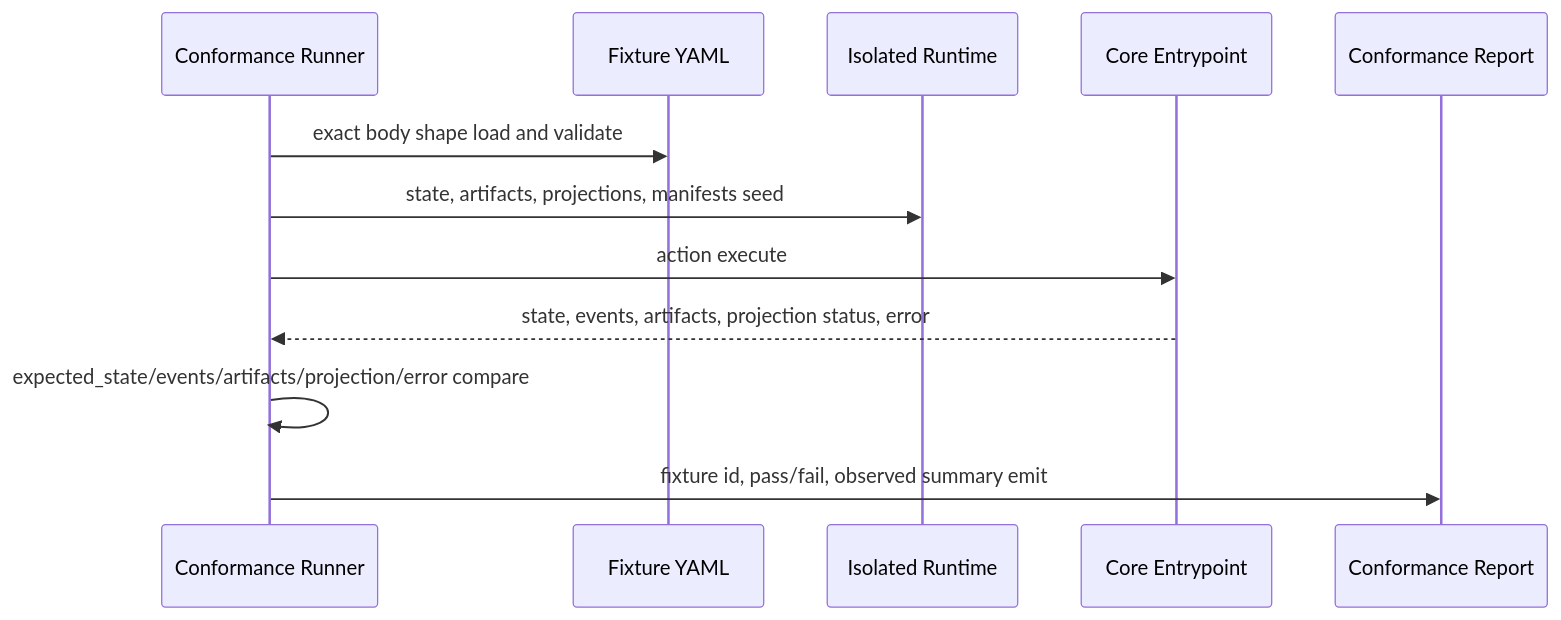
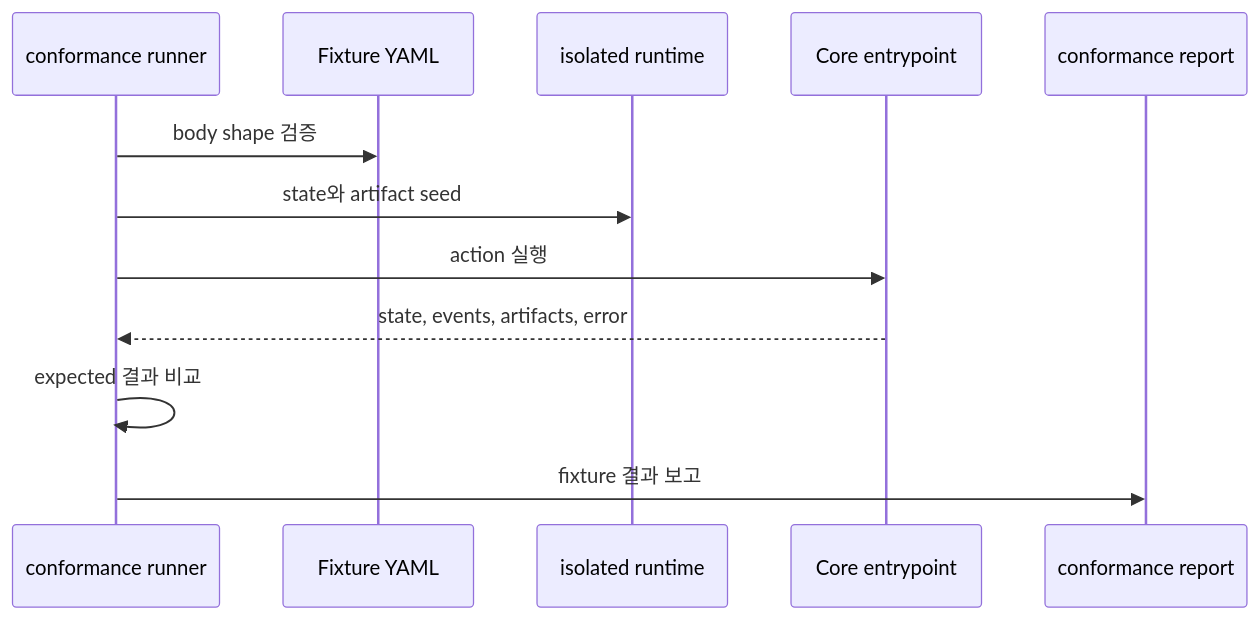
One commit to minjungw00/Harness_Project changed the second of 2 diagrams in docs/ko/reference/conformance-fixtures.md. Above: the diagram before and after it, drawn with Mermaid. The commit also changed other lines of this file and 20 other files, not shown here.

Commit message:
docs: refresh diagrams for staged authority model

````diff
--- a/docs/ko/reference/conformance-fixtures.md
+++ b/docs/ko/reference/conformance-fixtures.md
@@ -170,14 +170,14 @@
 ```mermaid
 sequenceDiagram
-  participant Runner as Conformance Runner
+  participant Runner as conformance runner
   participant Fixture as Fixture YAML
-  participant Runtime as Isolated Runtime
-  participant Core as Core Entrypoint
-  participant Report as Conformance Report
-  Runner->>Fixture: exact body shape load and validate
-  Runner->>Runtime: state, artifacts, projections, manifests seed
-  Runner->>Core: action execute
-  Core-->>Runner: state, events, artifacts, projection status, error
-  Runner->>Runner: expected_state/events/artifacts/projection/error compare
-  Runner->>Report: fixture id, pass/fail, observed summary emit
+  participant Runtime as isolated runtime
+  participant Core as Core entrypoint
+  participant Report as conformance report
+  Runner->>Fixture: body shape 검증
+  Runner->>Runtime: state와 artifact seed
+  Runner->>Core: action 실행
+  Core-->>Runner: state, events, artifacts, error
+  Runner->>Runner: expected 결과 비교
+  Runner->>Report: fixture 결과 보고
 ```
````
